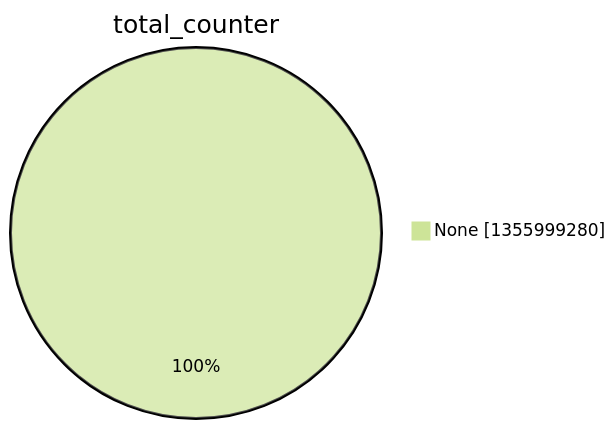
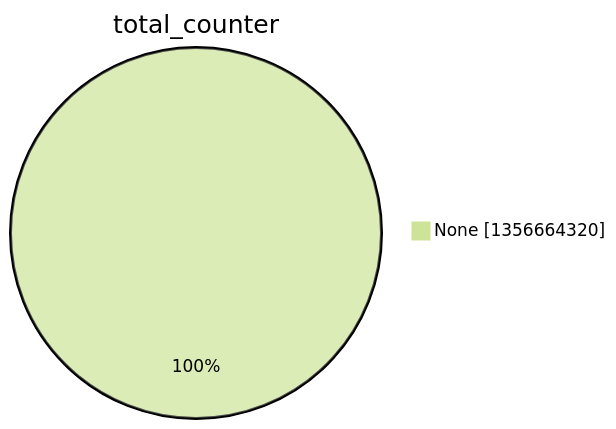
One commit to christiankrug/ctmonitor_visualization changed the second of 15 diagrams in argon2022/README.md. Above: the diagram before and after it, drawn with Mermaid (forest theme). The commit also changed other lines of this file, not shown here.

````diff
--- a/argon2022/README.md
+++ b/argon2022/README.md
@@ -9,5 +9,5 @@
 ```mermaid
 pie showData
 title total_counter
-"None" :1355999280
+"None" :1356664320
 ```
````
